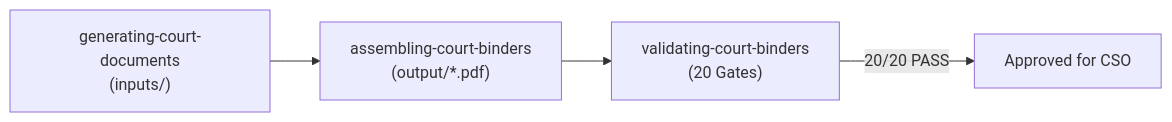
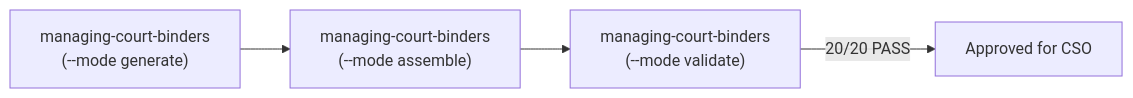
The diagram in AGENTS.md (bcgov/bc-court-binder-builder), drawn with Mermaid before and after one commit. The commit also changed other lines of this file and 38 other files, not shown here.

Commit message:
feat(skills): consolidate into unified multi-mode managing-court-binders skill passing 100% authoring audit

````diff
--- a/AGENTS.md
+++ b/AGENTS.md
@@ -69,6 +69,6 @@
 ```mermaid
 flowchart LR
-    G["generating-court-documents<br/>(inputs/)"] --> A["assembling-court-binders<br/>(output/*.pdf)"]
-    A --> V["validating-court-binders<br/>(20 Gates)"]
+    G["managing-court-binders<br/>(--mode generate)"] --> A["managing-court-binders<br/>(--mode assemble)"]
+    A --> V["managing-court-binders<br/>(--mode validate)"]
     V -->|20/20 PASS| S["Approved for CSO"]
 ```
````
